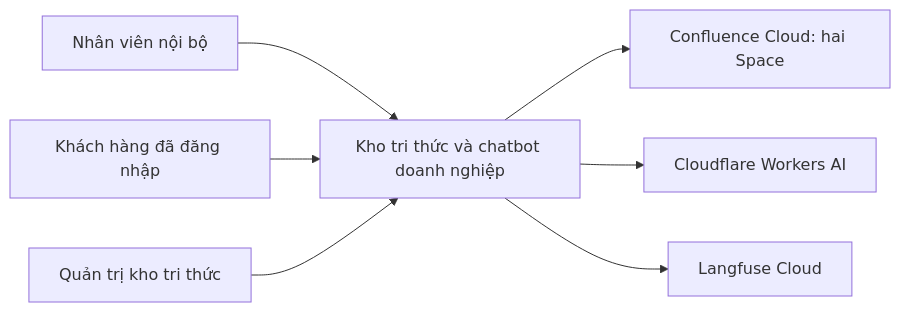
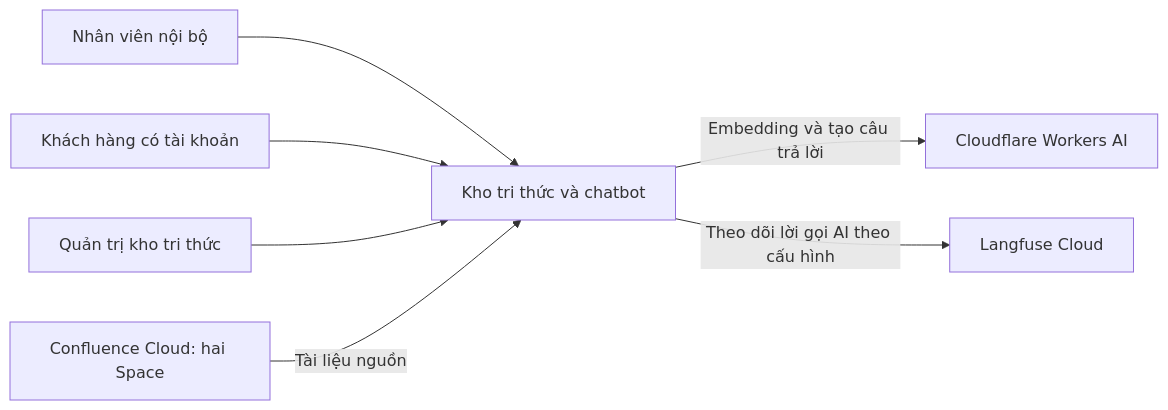
The first of 6 diagrams in docs/architecture.md (21tuoino12trieu/Do-An-Ki-Su), drawn with Mermaid before and after one commit. The commit also changed other lines of this file and 13 other files, not shown here.

````diff
--- a/docs/architecture.md
+++ b/docs/architecture.md
@@ -71,9 +60,9 @@
 ```mermaid
 flowchart LR
-    EMP["Nhân viên nội bộ"] --> SYS["Kho tri thức và chatbot doanh nghiệp"]
-    CUS["Khách hàng đã đăng nhập"] --> SYS
+    EMP["Nhân viên nội bộ"] --> SYS["Kho tri thức và chatbot"]
+    CUS["Khách hàng có tài khoản"] --> SYS
     ADM["Quản trị kho tri thức"] --> SYS
-    SYS --> CONF["Confluence Cloud: hai Space"]
-    SYS --> AI["Cloudflare Workers AI"]
-    SYS --> LF["Langfuse Cloud"]
+    CONF["Confluence Cloud: hai Space"] -->|"Tài liệu nguồn"| SYS
+    SYS -->|"Embedding và tạo câu trả lời"| AI["Cloudflare Workers AI"]
+    SYS -->|"Theo dõi lời gọi AI theo cấu hình"| LF["Langfuse Cloud"]
 ```
````
